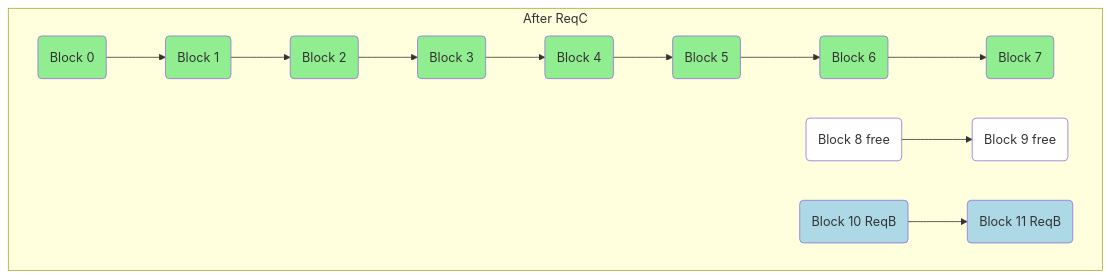
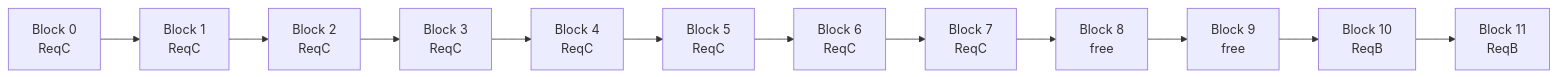
Before and after one commit to Shahriarin2garden/vllm_from_scratch: diagram 37 of 50 in lab0.4/README.md, drawn with Mermaid. The commit also changed other lines of this file, not shown here.

Commit message:
Refactor diagrams in README.md for improved clarity and detail on memory allocation and scheduling concepts

````diff
--- a/lab0.4/README.md
+++ b/lab0.4/README.md
@@ -1044,21 +1036,6 @@
 ```mermaid
-graph TD
-    subgraph After ReqC
-        style A0 fill:lightgreen
-        style A1 fill:lightgreen
-        style A2 fill:lightgreen
-        style A3 fill:lightgreen
-        style A4 fill:lightgreen
-        style A5 fill:lightgreen
-        style A6 fill:lightgreen
-        style A7 fill:lightgreen
-        style A8 fill:white
-        style A9 fill:white
-        style A10 fill:lightblue
-        style A11 fill:lightblue
-        
-        A0(Block 0) --> A1(Block 1) --> A2(Block 2) --> A3(Block 3) --> A4(Block 4) --> A5(Block 5) --> A6(Block 6) --> A7(Block 7)
-        A8(Block 8 free) --> A9(Block 9 free)
-        A10(Block 10 ReqB) --> A11(Block 11 ReqB)
-    end
+flowchart LR
+    A0["Block 0<br/>ReqC"] --> A1["Block 1<br/>ReqC"] --> A2["Block 2<br/>ReqC"] --> A3["Block 3<br/>ReqC"]
+    A3 --> A4["Block 4<br/>ReqC"] --> A5["Block 5<br/>ReqC"] --> A6["Block 6<br/>ReqC"] --> A7["Block 7<br/>ReqC"]
+    A7 --> A8["Block 8<br/>free"] --> A9["Block 9<br/>free"] --> A10["Block 10<br/>ReqB"] --> A11["Block 11<br/>ReqB"]
 ```
````
